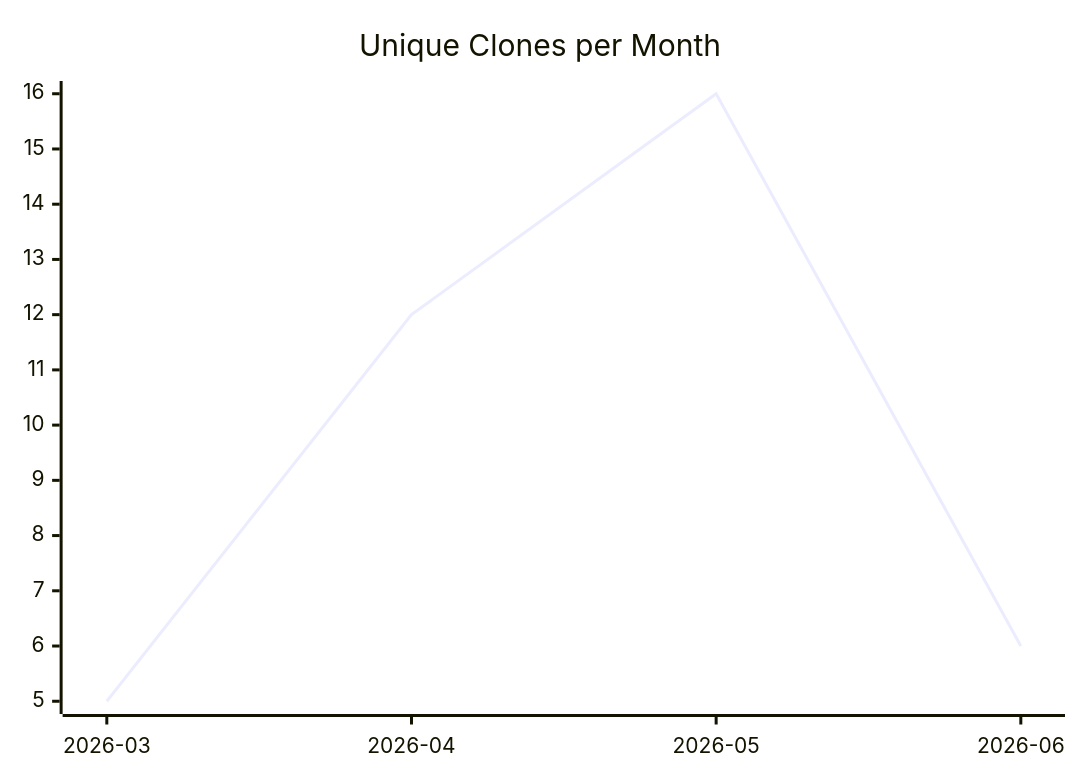
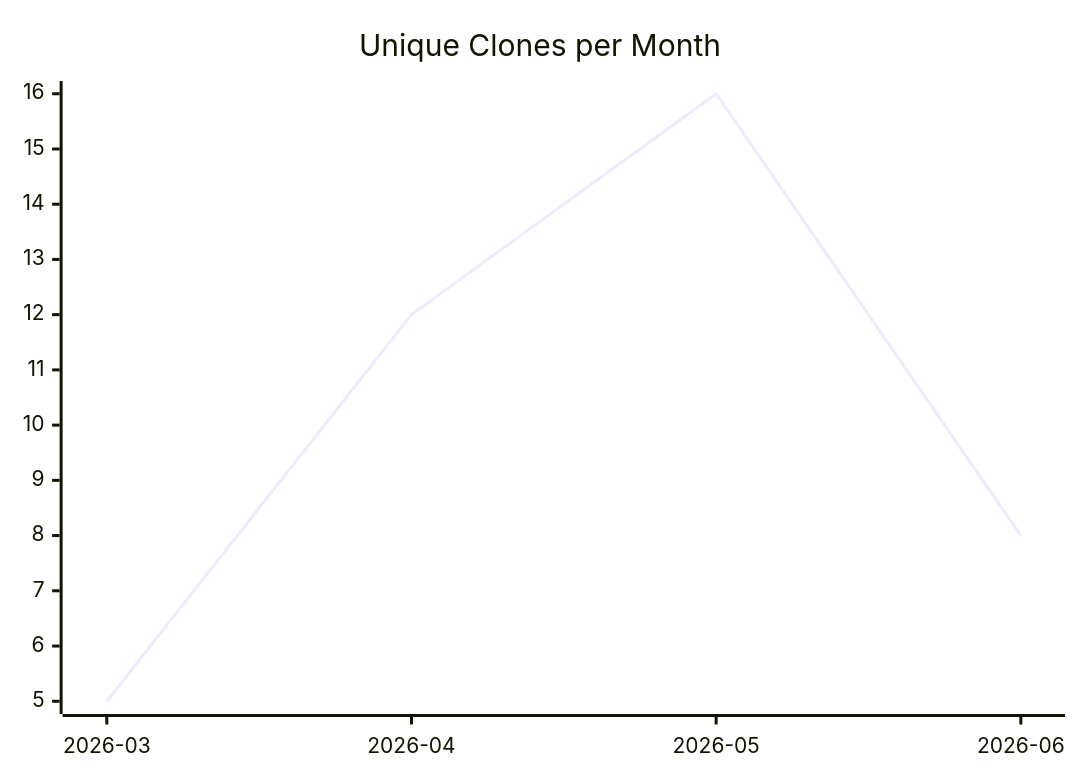
Before and after one commit to justdavis-family/github-analytics-data: the third of 3 diagrams in karlmdavis/justdavis-karl/README.md, drawn with Mermaid. The commit also changed other lines of this file and 196 other files, not shown here.

````diff
--- a/karlmdavis/justdavis-karl/README.md
+++ b/karlmdavis/justdavis-karl/README.md
@@ -19,6 +19,6 @@
 ```mermaid
 xychart-beta
   title "Unique Clones per Month"
   x-axis ["2026-03", "2026-04", "2026-05", "2026-06"]
-  line [5, 12, 16, 6]
+  line [5, 12, 16, 8]
 ```
````
